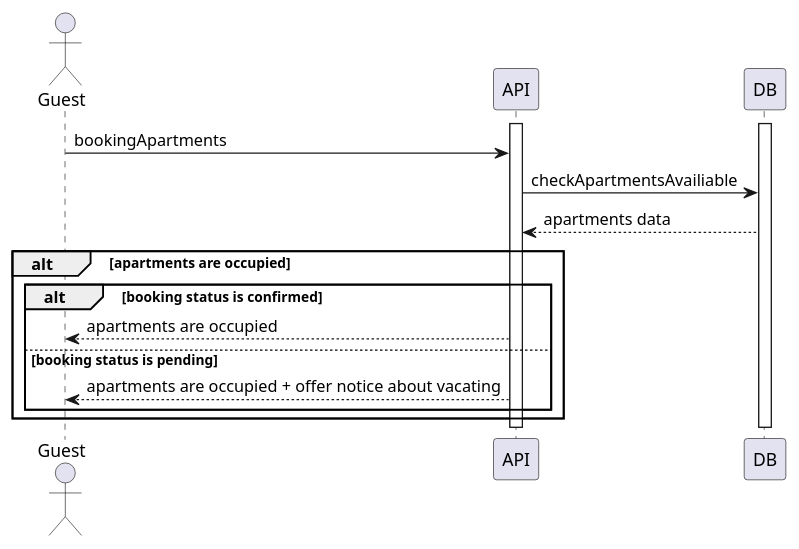
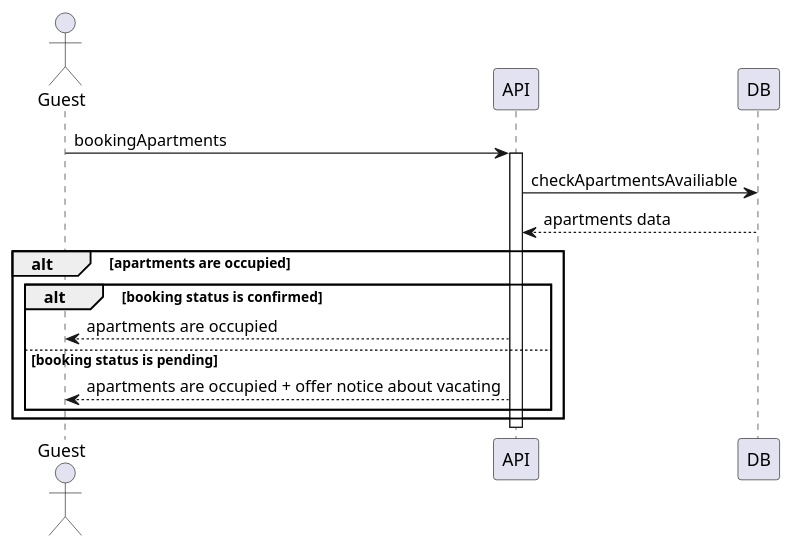
The diagram in lab3/sequence-3.md (opvlad/kpi-mavpz), drawn with PlantUML before and after one commit. The commit also changed 3 other files, not shown here.

````diff
--- a/lab3/sequence-3.md
+++ b/lab3/sequence-3.md
@@ -2,25 +2,23 @@
 ```plantuml
 @startuml
 
 actor Guest as guest
-activate API
-activate DB
-
 
 guest -> API : bookingApartments
+activate API
+
 API -> DB : checkApartmentsAvailiable
 DB --> API : apartments data
 
 alt apartments are occupied
 alt booking status is confirmed
 API --> guest : apartments are occupied
 else booking status is pending
 API --> guest : apartments are occupied + offer notice about vacating
 end
 end
+deactivate API
 
 
-deactivate API
-deactivate DB
 @enduml
 ```
````
